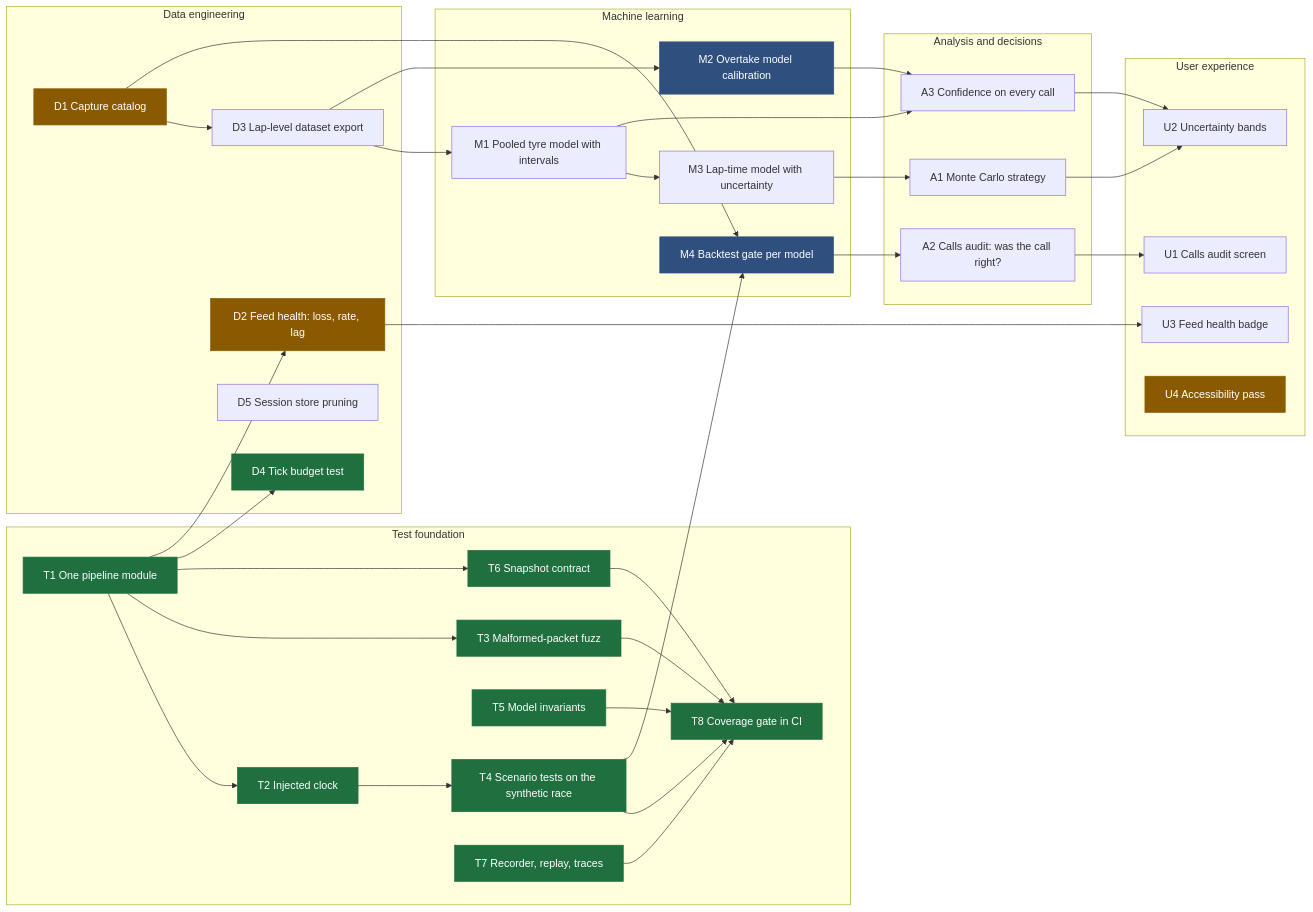
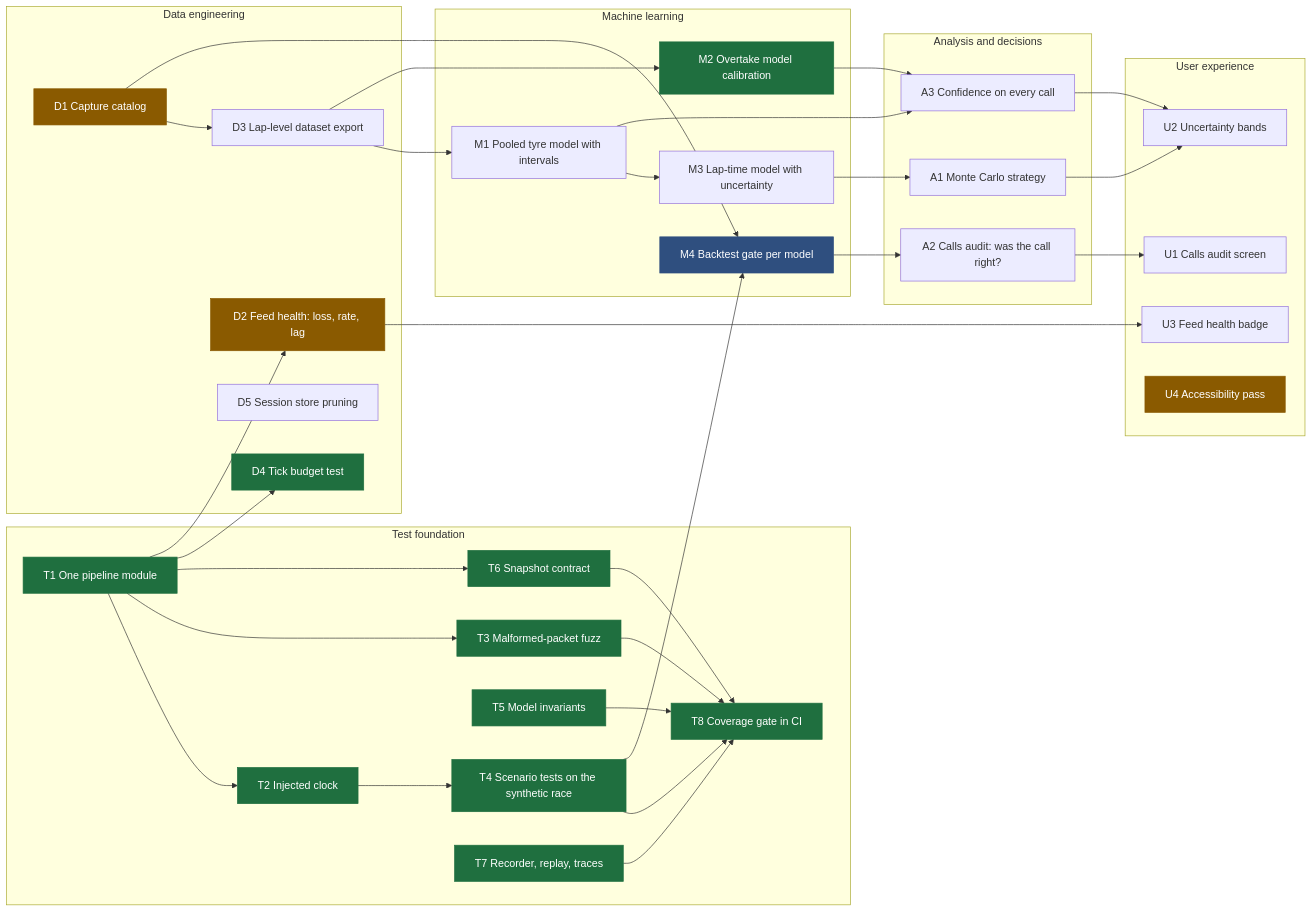
The diagram in docs/roadmap.md (srikarnadella/f1-race-engineer), drawn with Mermaid before and after one commit. The commit also changed other lines of this file and 1 other file, not shown here.

First line of the commit message:
Website: two tabs, less on each. Overview (what it is, the live demo, three steps to run it) and How it works (a six-step flow chart following one call from packet to screen, the two loops that keep it honest, four measured numbers)

````diff
--- a/docs/roadmap.md
+++ b/docs/roadmap.md
@@ -8,54 +8,54 @@
 ```mermaid
 flowchart LR
   classDef done fill:#1f6f3f,color:#fff,stroke:#1f6f3f
   classDef next fill:#8a5a00,color:#fff,stroke:#8a5a00
   classDef part fill:#2f4f7f,color:#fff,stroke:#2f4f7f
 
   subgraph T[Test foundation]
     T1[T1 One pipeline module]:::done
     T2[T2 Injected clock]:::done
     T3[T3 Malformed-packet fuzz]:::done
     T4[T4 Scenario tests on the synthetic race]:::done
     T5[T5 Model invariants]:::done
     T6[T6 Snapshot contract]:::done
     T7[T7 Recorder, replay, traces]:::done
     T8[T8 Coverage gate in CI]:::done
   end
   subgraph D[Data engineering]
     D1[D1 Capture catalog]:::next
     D2[D2 Feed health: loss, rate, lag]:::next
     D3[D3 Lap-level dataset export]
     D4[D4 Tick budget test]:::done
     D5[D5 Session store pruning]
   end
   subgraph M[Machine learning]
     M1[M1 Pooled tyre model with intervals]
-    M2[M2 Overtake model calibration]:::part
+    M2[M2 Overtake model calibration]:::done
     M3[M3 Lap-time model with uncertainty]
     M4[M4 Backtest gate per model]:::part
   end
   subgraph A[Analysis and decisions]
     A1[A1 Monte Carlo strategy]
     A2[A2 Calls audit: was the call right?]
     A3[A3 Confidence on every call]
   end
   subgraph U[User experience]
     U1[U1 Calls audit screen]
     U2[U2 Uncertainty bands]
     U3[U3 Feed health badge]
     U4[U4 Accessibility pass]:::next
   end
 
   T1 --> T2 --> T4
   T1 --> T3
   T1 --> T6
   T1 --> D4
   T3 & T4 & T5 & T6 & T7 --> T8
   T1 --> D2 --> U3
   D1 --> D3
   D3 --> M1 & M2
   M1 --> M3 --> A1
   D1 & T4 --> M4 --> A2 --> U1
   M1 & M2 --> A3 --> U2
   A1 --> U2
 ```
````
